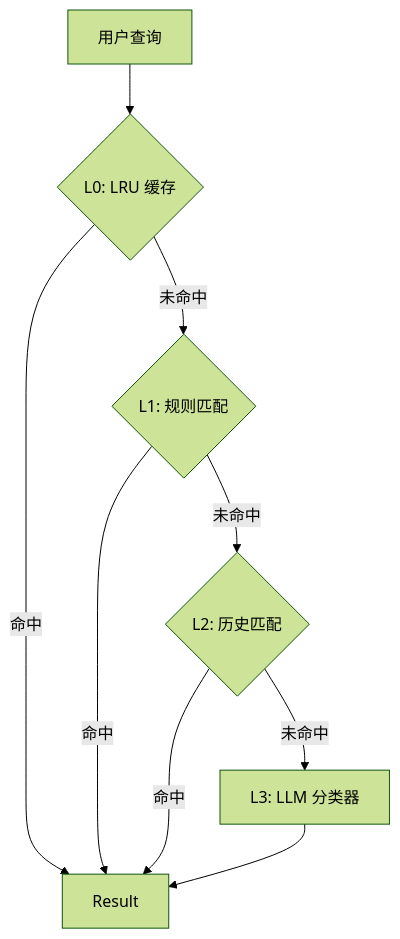
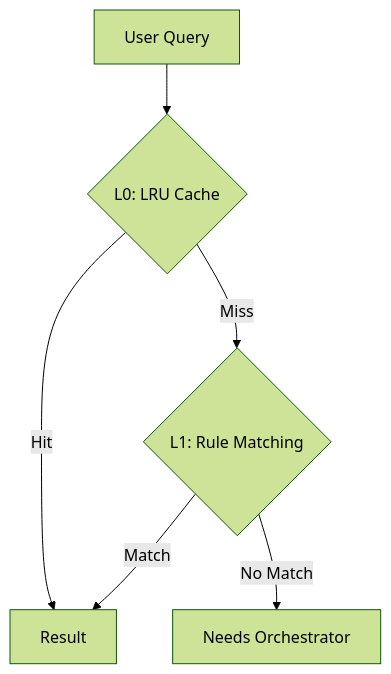
One commit to 88lin/divinesense changed the diagram in ai/routing/README.md. Above: the diagram before and after it, drawn with Mermaid (forest theme). The commit also changed other lines of this file and 27 other files, not shown here.

````diff
--- a/ai/routing/README.md
+++ b/ai/routing/README.md
@@ -9,14 +9,9 @@
 ```mermaid
 graph TD
-    Query[用户查询] --> L0{L0: LRU 缓存}
-    L0 -- 命中 --> Result
-    L0 -- 未命中 --> L1{L1: 规则匹配}
-    
-    L1 -- 命中 --> Result
-    L1 -- 未命中 --> L2{L2: 历史匹配}
-    
-    L2 -- 命中 --> Result
-    L2 -- 未命中 --> L3[L3: LLM 分类器]
-    
-    L3 --> Result
+    Query[User Query] --> L0{L0: LRU Cache}
+    L0 -- Hit --> Result
+    L0 -- Miss --> L1{L1: Rule Matching}
+
+    L1 -- Match --> Result
+    L1 -- No Match --> Orch[Needs Orchestrator]
 ```
````
